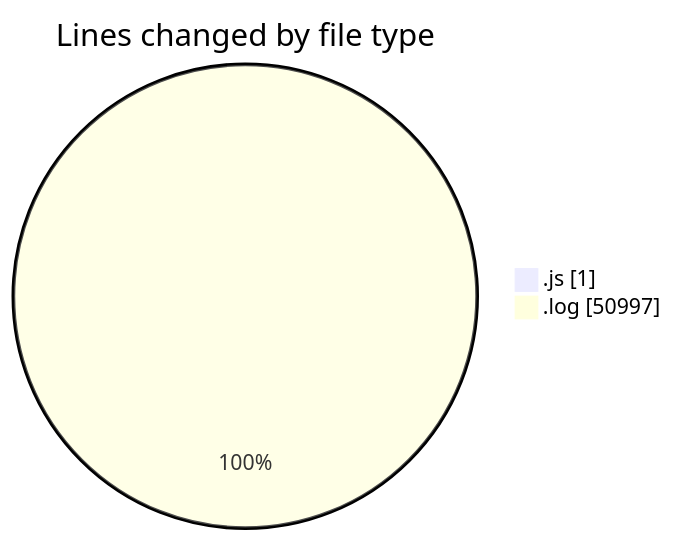
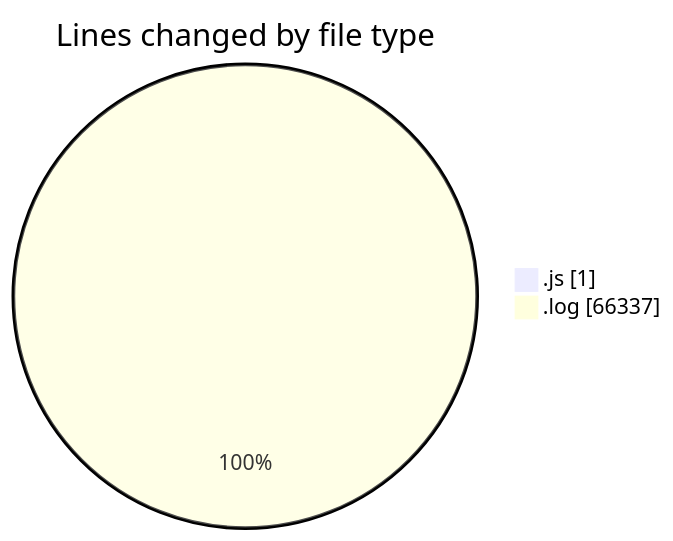
Before and after one commit to nxtqubesakshisongat/code-tracking: the first of 2 diagrams in 2025-05-28/nxtqube_webapp/README.md, drawn with Mermaid. The commit also changed other lines of this file and 1 other file, not shown here.

````diff
--- a/2025-05-28/nxtqube_webapp/README.md
+++ b/2025-05-28/nxtqube_webapp/README.md
@@ -22,6 +22,6 @@
 ```mermaid
 pie showData
 title Lines changed by file type
 ".js" : 1
-".log" : 50997
+".log" : 66337
 ```
````
